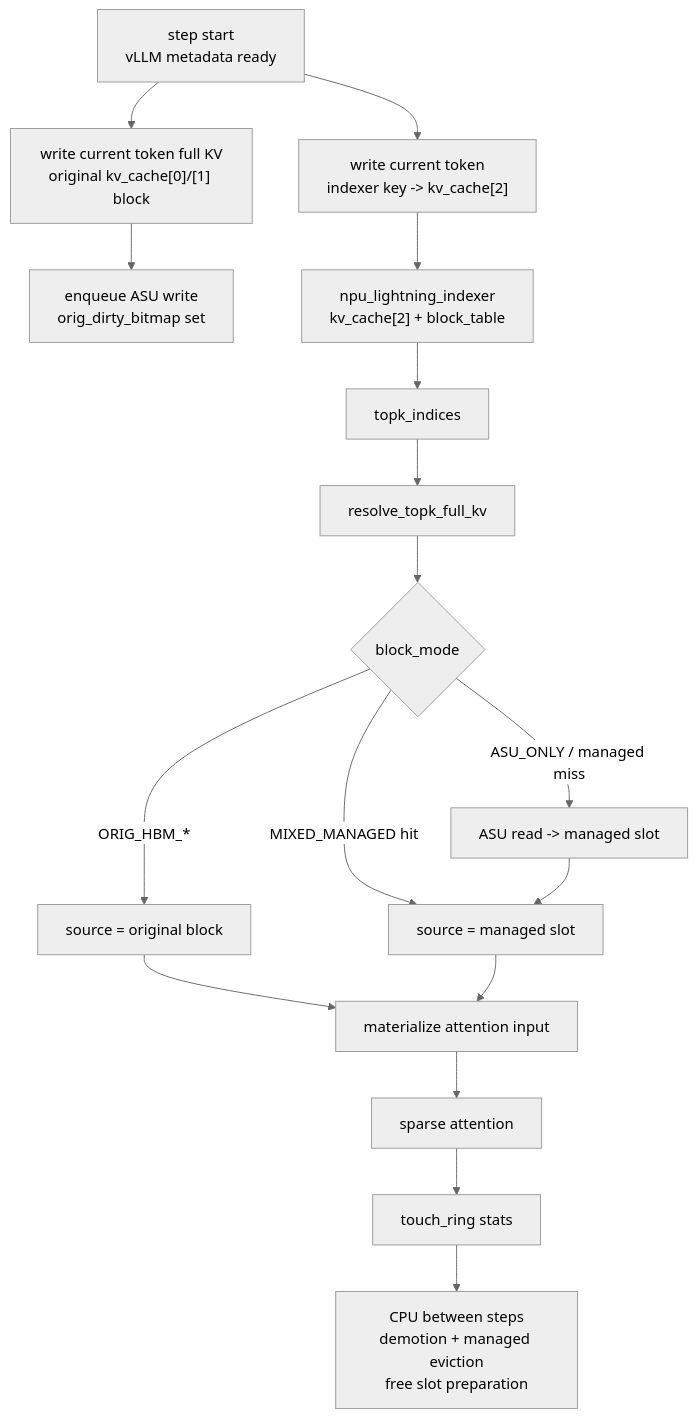
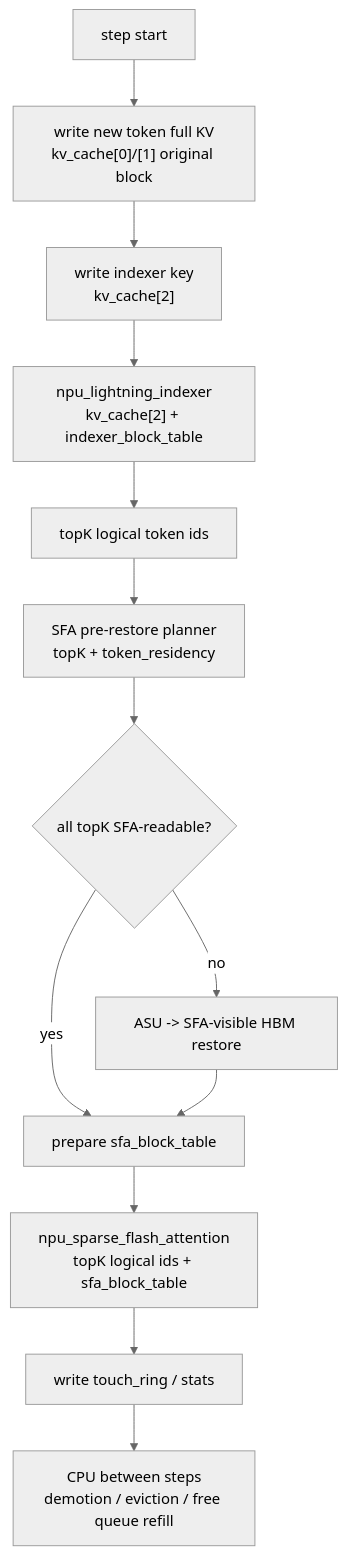
One commit to ykfnxx/ASU-Ascend changed the fourth of 7 diagrams in docs/draft/2026-06-02-npu-hbm-kvcache-management-draft.md. Above: the diagram before and after it, drawn with Mermaid (neutral theme). The commit also changed other lines of this file, not shown here.

Commit message:
Rewrite ASU-backed KVCache draft

````diff
--- a/docs/draft/2026-06-02-npu-hbm-kvcache-management-draft.md
+++ b/docs/draft/2026-06-02-npu-hbm-kvcache-management-draft.md
@@ -473,19 +366,15 @@
 ```mermaid
 flowchart TB
-    A["step start<br/>vLLM metadata ready"] --> B["write current token<br/>indexer key -> kv_cache[2]"]
-    A --> X["write current token full KV<br/>original kv_cache[0]/[1] block"]
-    X --> Y["enqueue ASU write<br/>orig_dirty_bitmap set"]
-    B --> C["npu_lightning_indexer<br/>kv_cache[2] + block_table"]
-    C --> D["topk_indices"]
-    D --> E["resolve_topk_full_kv"]
-    E --> F{"block_mode"}
-    F -- "ORIG_HBM_*" --> G["source = original block"]
-    F -- "MIXED_MANAGED hit" --> H["source = managed slot"]
-    F -- "ASU_ONLY / managed miss" --> I["ASU read -> managed slot"]
+    A["step start"] --> B["write new token full KV<br/>kv_cache[0]/[1] original block"]
+    B --> C["write indexer key<br/>kv_cache[2]"]
+    C --> D["npu_lightning_indexer<br/>kv_cache[2] + indexer_block_table"]
+    D --> E["topK logical token ids"]
+    E --> F["SFA pre-restore planner<br/>topK + token_residency"]
+    F --> G{"all topK SFA-readable?"}
+    G -- "yes" --> H["prepare sfa_block_table"]
+    G -- "no" --> I["ASU -> SFA-visible HBM restore"]
     I --> H
-    G --> J["materialize attention input"]
-    H --> J
-    J --> K["sparse attention"]
-    K --> L["touch_ring stats"]
-    L --> M["CPU between steps<br/>demotion + managed eviction<br/>free slot preparation"]
+    H --> J["npu_sparse_flash_attention<br/>topK logical ids + sfa_block_table"]
+    J --> K["write touch_ring / stats"]
+    K --> L["CPU between steps<br/>demotion / eviction / free queue refill"]
 ```
````
